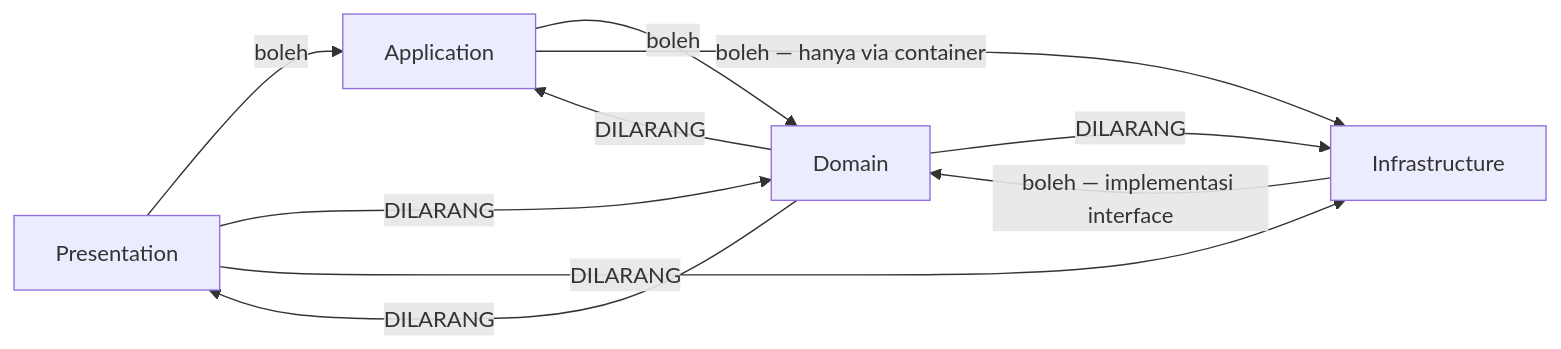
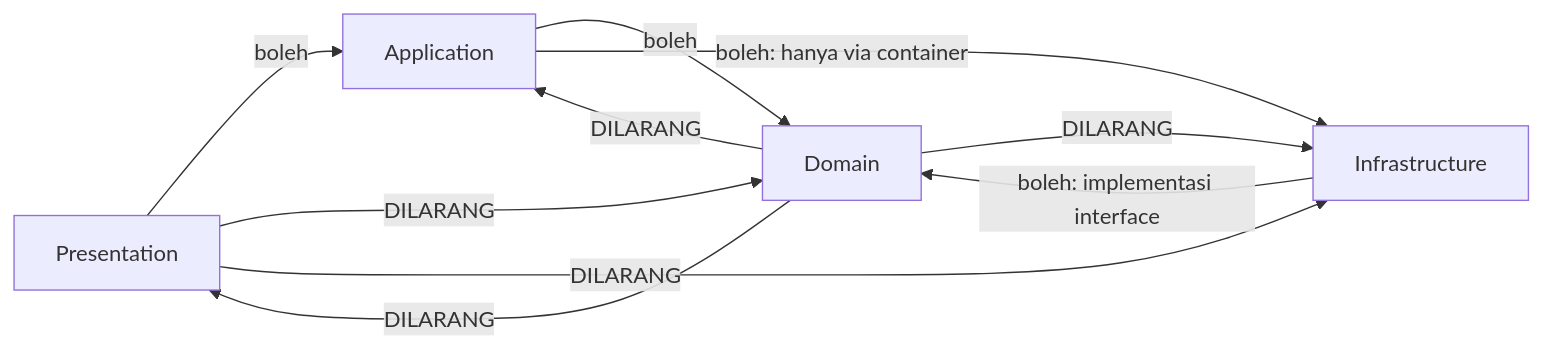
One commit to raflyzainn/pfriends changed the second of 4 diagrams in docs/05-ARCHITECTURE.md. Above: the diagram before and after it, drawn with Mermaid. The commit also changed other lines of this file and 266 other files, not shown here.

````diff
--- a/docs/05-ARCHITECTURE.md
+++ b/docs/05-ARCHITECTURE.md
@@ -136,12 +136,12 @@
 ```mermaid
 flowchart LR
     PRES["Presentation"] -->|"boleh"| APP["Application"]
     APP -->|"boleh"| DOM["Domain"]
-    INFRA["Infrastructure"] -->|"boleh — implementasi interface"| DOM
-    APP -->|"boleh — hanya via container"| INFRA
+    INFRA["Infrastructure"] -->|"boleh: implementasi interface"| DOM
+    APP -->|"boleh: hanya via container"| INFRA
     DOM -->|"DILARANG"| PRES
     DOM -->|"DILARANG"| APP
     DOM -->|"DILARANG"| INFRA
     PRES -->|"DILARANG"| DOM
     PRES -->|"DILARANG"| INFRA
 ```
````
